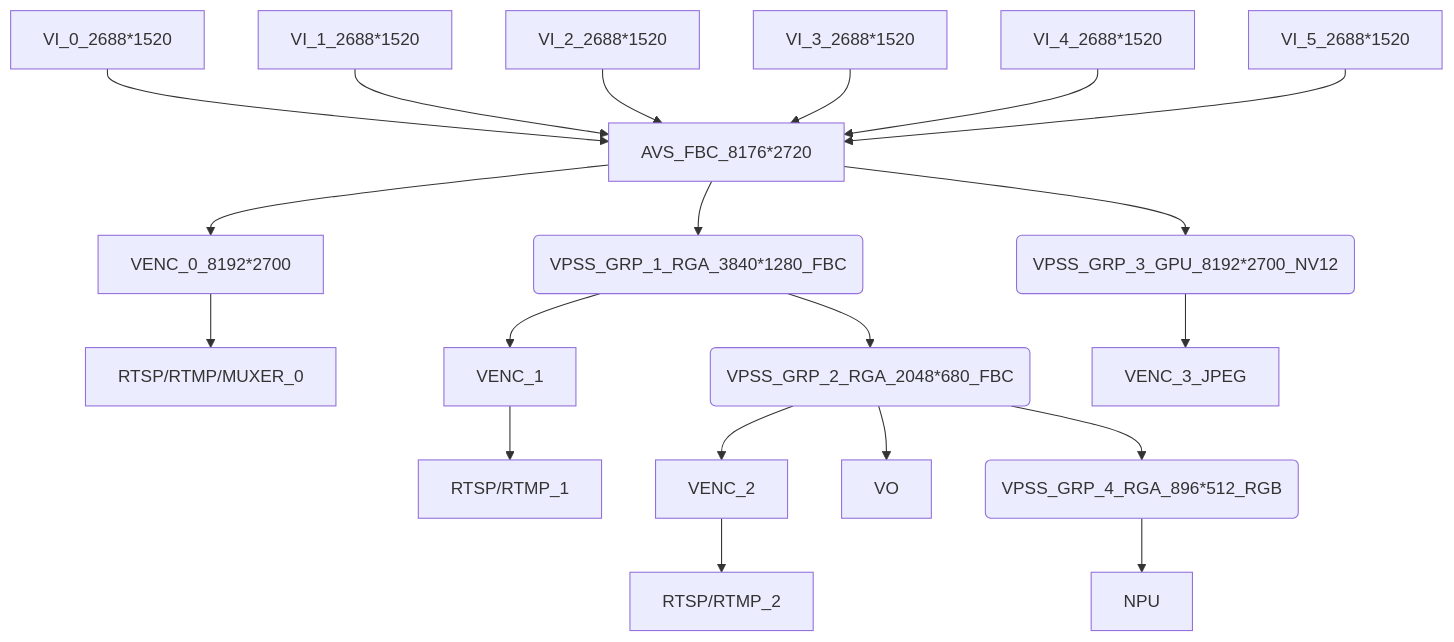
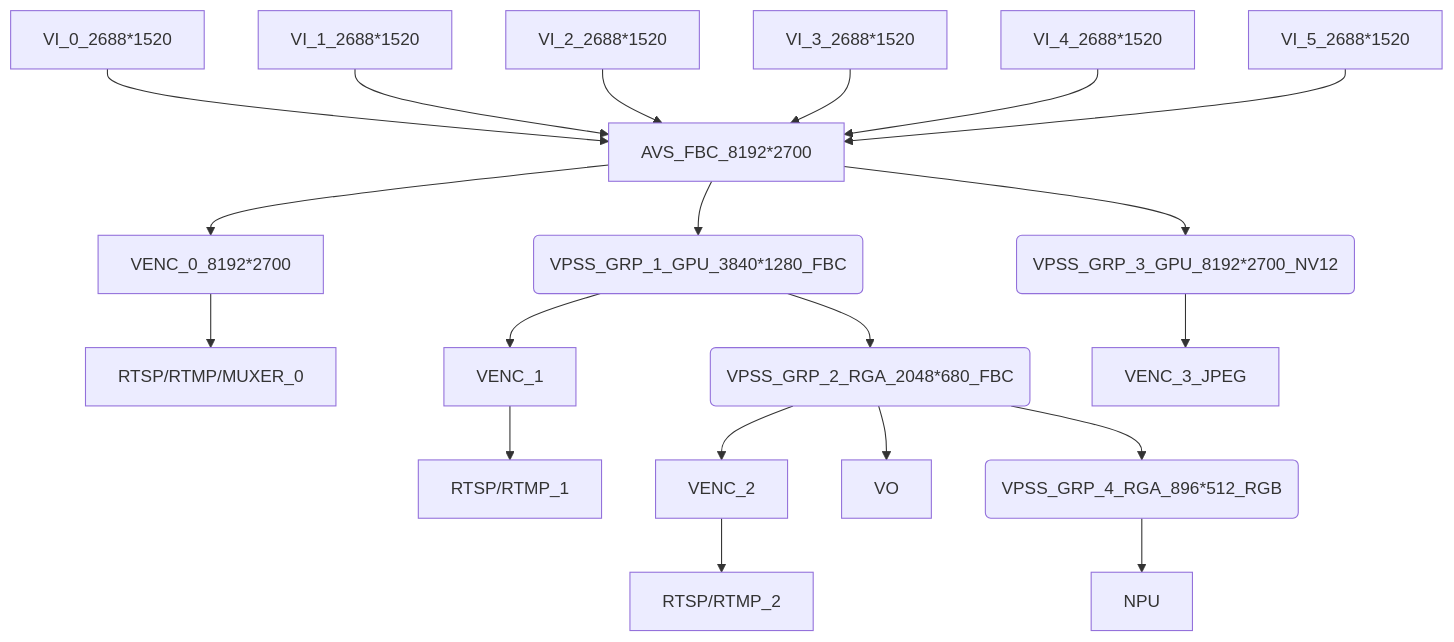
Before and after one commit to khadas/app_rkipc: the third of 6 diagrams in Rockchip_Developer_Guide_Linux_RKIPC_CN.md, drawn with Mermaid. The commit also changed 2 other files, not shown here.

Commit message:
rk3588_multi_ipc: avs change resolution to 8192*2700

````diff
--- a/Rockchip_Developer_Guide_Linux_RKIPC_CN.md
+++ b/Rockchip_Developer_Guide_Linux_RKIPC_CN.md
@@ -113,16 +113,16 @@
 ```mermaid
 graph TB
-	VI_0[VI_0_2688*1520]-->AVS[AVS_FBC_8176*2720]
+	VI_0[VI_0_2688*1520]-->AVS[AVS_FBC_8192*2700]
 	VI_1[VI_1_2688*1520]-->AVS
 	VI_2[VI_2_2688*1520]-->AVS
 	VI_3[VI_3_2688*1520]-->AVS
 	VI_4[VI_4_2688*1520]-->AVS
 	VI_5[VI_5_2688*1520]-->AVS
-	AVS-->VPSS_GRP_1(VPSS_GRP_1_RGA_3840*1280_FBC)
+	AVS-->VPSS_GRP_1(VPSS_GRP_1_GPU_3840*1280_FBC)
 	AVS-->VENC_0_8192*2700-->RTSP/RTMP/MUXER_0
 	VPSS_GRP_1-->VENC_1-->RTSP/RTMP_1
 	VPSS_GRP_1-->VPSS_GRP_2(VPSS_GRP_2_RGA_2048*680_FBC)-->VENC_2-->RTSP/RTMP_2
 	VPSS_GRP_2-->VO
 	VPSS_GRP_2-->VPSS_GRP_4(VPSS_GRP_4_RGA_896*512_RGB)-->NPU
 	AVS-->VPSS_GRP_3(VPSS_GRP_3_GPU_8192*2700_NV12)-->VENC_3_JPEG
 ```
````
